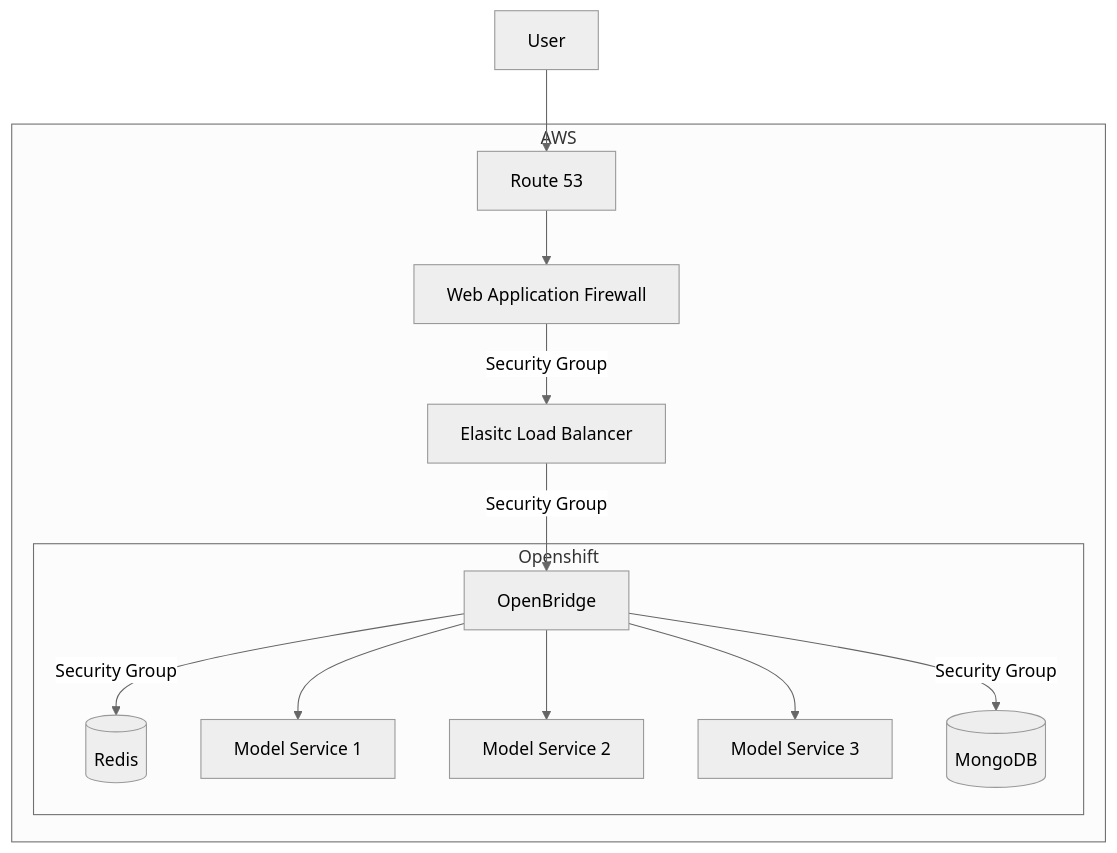
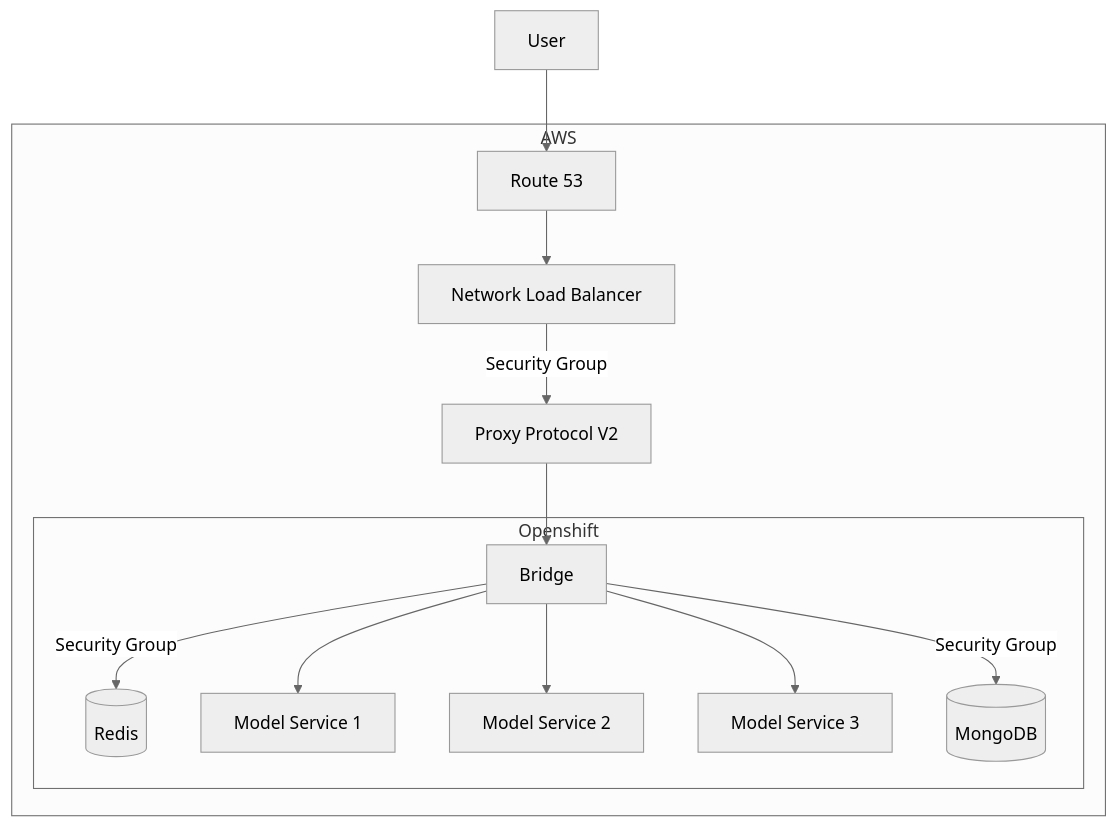
One commit to acceleratedscience/bridge changed the second of 2 diagrams in doc/architecture.md. Above: the diagram before and after it, drawn with Mermaid (neutral theme). The commit also changed other lines of this file and 4 other files, not shown here.

````diff
--- a/doc/architecture.md
+++ b/doc/architecture.md
@@ -67,25 +67,25 @@
 ```mermaid
 flowchart TD
 	user["User"]
 	route["Route 53"]
-	elb["Elasitc Load Balancer"]
-	waf["Web Application Firewall"]
+	ppp["Proxy Protocol V2"]
+	elb["Network Load Balancer"]
 	redis[("Redis")]
-	ob["OpenBridge"]
+	ob["Bridge"]
 	model1["Model Service 1"]
 	model2["Model Service 2"]
 	model3["Model Service 3"]
 	mongodb[("MongoDB")]
 
 	user --> route
 	subgraph "AWS"
-	route --> waf -- Security  Group --> elb -- Security Group --> ob
+	route --> elb -- Security Group --> ppp --> ob
 	subgraph "Openshift"
 	ob -- Security Group --> mongodb
 	ob -- Security Group --> redis
 	ob --> model1
 	ob --> model2
 	ob --> model3
 	end
 	end
 ```
````
